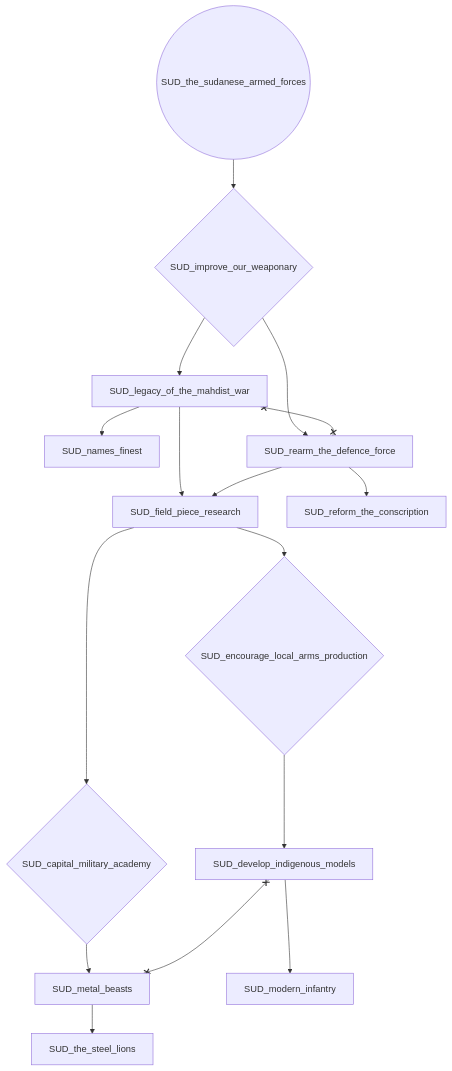
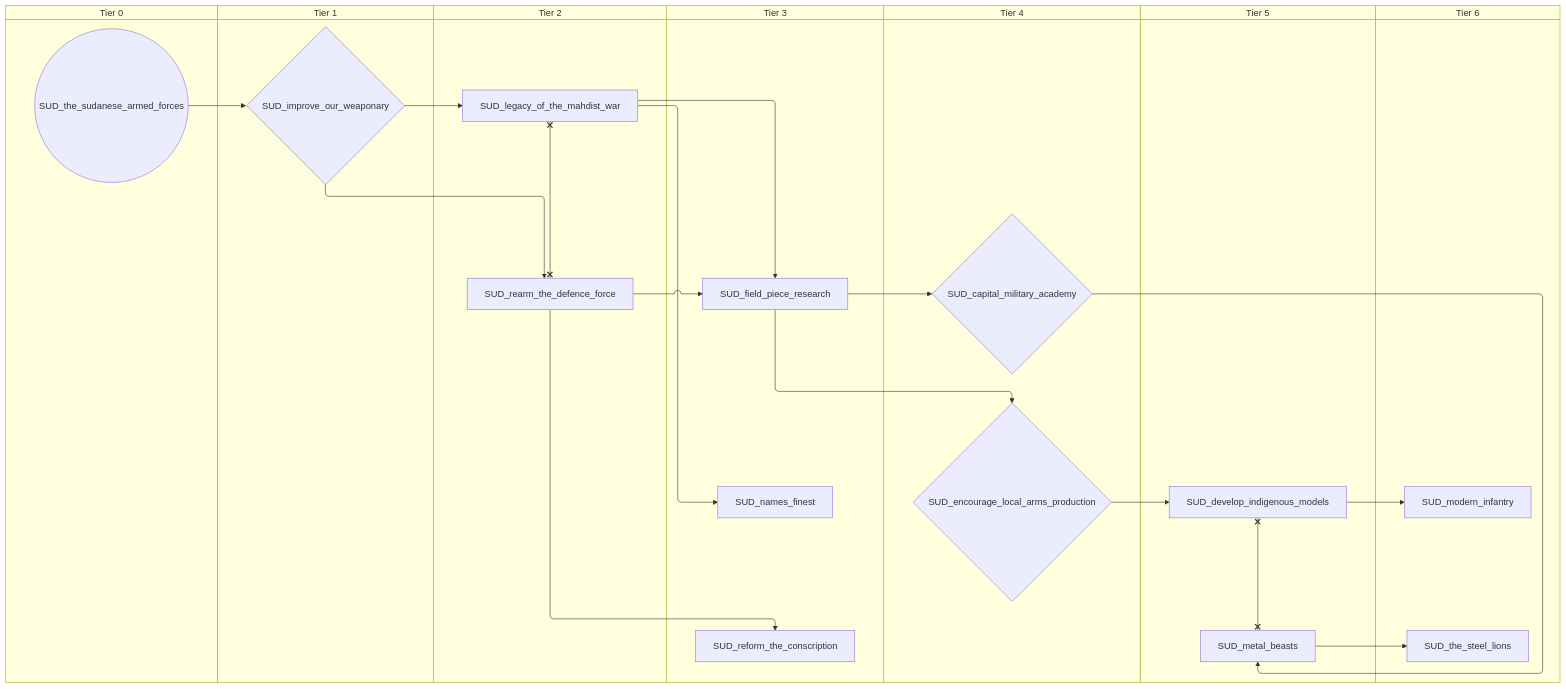
The third of 3 diagrams in docs/gdd/National Focuses/sudan.md (evgeny-sobol/hoi4-sandbox-mode-r56), drawn with Mermaid before and after one commit. The commit also changed other lines of this file and 423 other files, not shown here.

First line of the commit message:
Re-export Rt56 focus trees as swimlane diagrams

````diff
--- a/docs/gdd/National Focuses/sudan.md
+++ b/docs/gdd/National Focuses/sudan.md
@@ -130,31 +164,45 @@
 ```mermaid
-flowchart TD
-    n48{"SUD_capital_military_academy"}
-    n49["SUD_develop_indigenous_models"]
-    n50{"SUD_encourage_local_arms_production"}
-    n51["SUD_field_piece_research"]
-    n52{"SUD_improve_our_weaponary"}
-    n53["SUD_legacy_of_the_mahdist_war"]
-    n54["SUD_metal_beasts"]
-    n55["SUD_modern_infantry"]
-    n56["SUD_names_finest"]
-    n57["SUD_rearm_the_defence_force"]
-    n58["SUD_reform_the_conscription"]
-    n59["SUD_the_steel_lions"]
-    n60(("SUD_the_sudanese_armed_forces"))
-    n51 --> n48
-    n50 --> n49
-    n51 --> n50
-    n53 --> n51
-    n57 --> n51
-    n60 --> n52
-    n52 --> n53
-    n48 --> n54
-    n49 --> n55
-    n53 --> n56
-    n52 --> n57
-    n57 --> n58
-    n54 --> n59
-    n49 x--x n54
-    n53 x--x n57
+swimlane-beta TD
+    subgraph tier_0["Tier 0"]
+        n48(("SUD_the_sudanese_armed_forces"))
+    end
+    subgraph tier_1["Tier 1"]
+        n49{"SUD_improve_our_weaponary"}
+    end
+    subgraph tier_2["Tier 2"]
+        n50["SUD_legacy_of_the_mahdist_war"]
+        n51["SUD_rearm_the_defence_force"]
+    end
+    subgraph tier_3["Tier 3"]
+        n52["SUD_field_piece_research"]
+        n53["SUD_names_finest"]
+        n54["SUD_reform_the_conscription"]
+    end
+    subgraph tier_4["Tier 4"]
+        n55{"SUD_capital_military_academy"}
+        n56{"SUD_encourage_local_arms_production"}
+    end
+    subgraph tier_5["Tier 5"]
+        n57["SUD_develop_indigenous_models"]
+        n58["SUD_metal_beasts"]
+    end
+    subgraph tier_6["Tier 6"]
+        n59["SUD_modern_infantry"]
+        n60["SUD_the_steel_lions"]
+    end
+    n52 --> n55
+    n56 --> n57
+    n52 --> n56
+    n50 --> n52
+    n51 --> n52
+    n48 --> n49
+    n49 --> n50
+    n55 --> n58
+    n57 --> n59
+    n50 --> n53
+    n49 --> n51
+    n51 --> n54
+    n58 --> n60
+    n57 x--x n58
+    n50 x--x n51
 ```
````
